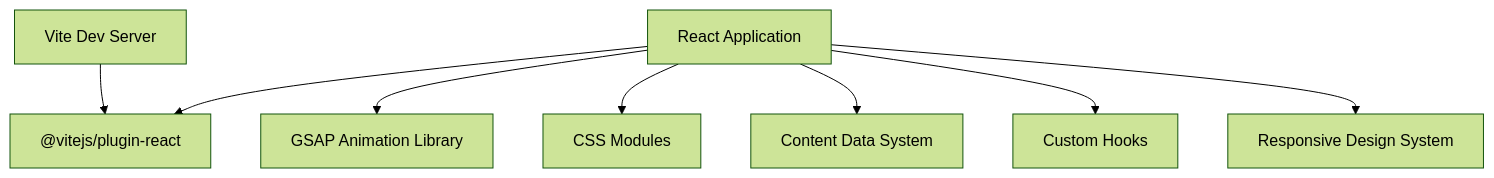
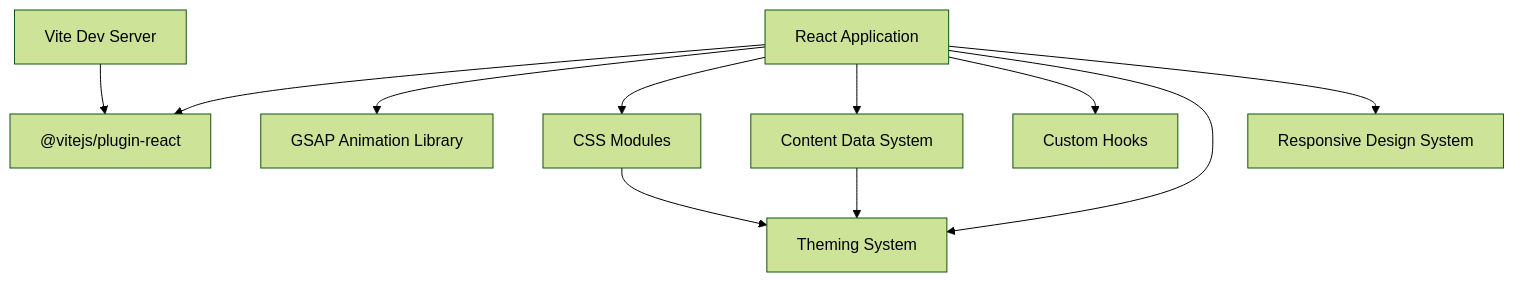
Diagram 12 of 12 in .qoder/repowiki/en/content/Application Architecture.md (rakeshmaity271/frankie-picasso), drawn with Mermaid (forest theme) before and after one commit. The commit also changed other lines of this file and 18 other files, not shown here.

````diff
--- a/.qoder/repowiki/en/content/Application Architecture.md
+++ b/.qoder/repowiki/en/content/Application Architecture.md
@@ -562,18 +705,22 @@
 ```mermaid
 graph TB
 ReactApp["React Application"]
 Vite["Vite Dev Server"]
 ReactPlugin["@vitejs/plugin-react"]
 GSAP["GSAP Animation Library"]
 CSSModules["CSS Modules"]
 ContentData["Content Data System"]
 Hooks["Custom Hooks"]
+ThemingSystem["Theming System"]
 ResponsiveDesign["Responsive Design System"]
 ReactApp --> ReactPlugin
 ReactApp --> GSAP
 ReactApp --> CSSModules
 ReactApp --> ContentData
 ReactApp --> Hooks
+ReactApp --> ThemingSystem
 ReactApp --> ResponsiveDesign
 Vite --> ReactPlugin
+ContentData --> ThemingSystem
+CSSModules --> ThemingSystem
 ```
````
